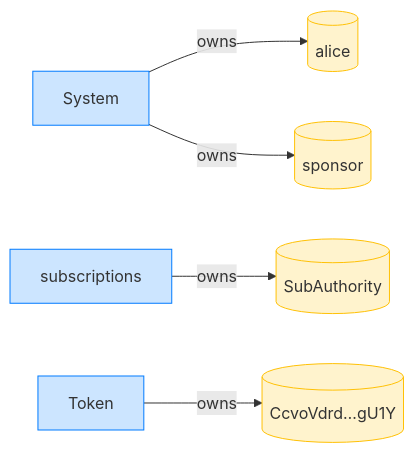
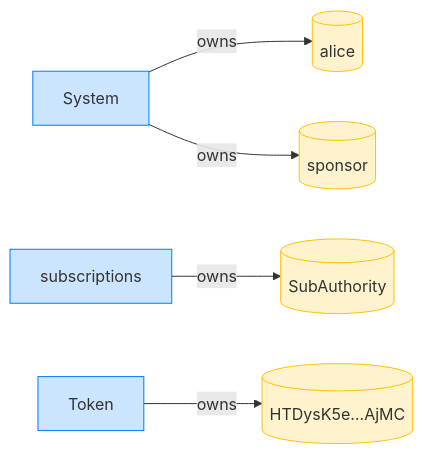
The fourth of 8 diagrams in dsl_tests/close-returns-rent-to-the-sponsor.md (cds-rs/subscriptions), drawn with Mermaid before and after one commit. The commit also changed other lines of this file and 224 other files, not shown here.

````diff
--- a/dsl_tests/close-returns-rent-to-the-sponsor.md
+++ b/dsl_tests/close-returns-rent-to-the-sponsor.md
@@ -74,16 +79,16 @@
 ```mermaid
 flowchart LR
     classDef owner fill:#cce5ff,stroke:#007bff;
     classDef account fill:#fff3cd,stroke:#ffc107;
     System[System]:::owner
     alice[(alice)]:::account
     subscriptions[subscriptions]:::owner
     SubAuthority[(SubAuthority)]:::account
     Token[Token]:::owner
-    CcvoVdrd_gU1Y[("CcvoVdrd…gU1Y")]:::account
+    HTDysK5e_AjMC[("HTDysK5e…AjMC")]:::account
     sponsor[(sponsor)]:::account
     System -->|owns| alice
     subscriptions -->|owns| SubAuthority
-    Token -->|owns| CcvoVdrd_gU1Y
+    Token -->|owns| HTDysK5e_AjMC
     System -->|owns| sponsor
 ```
````
